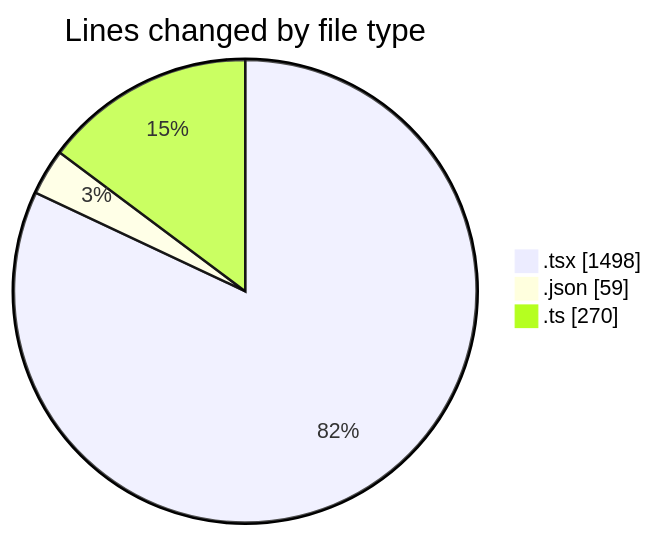
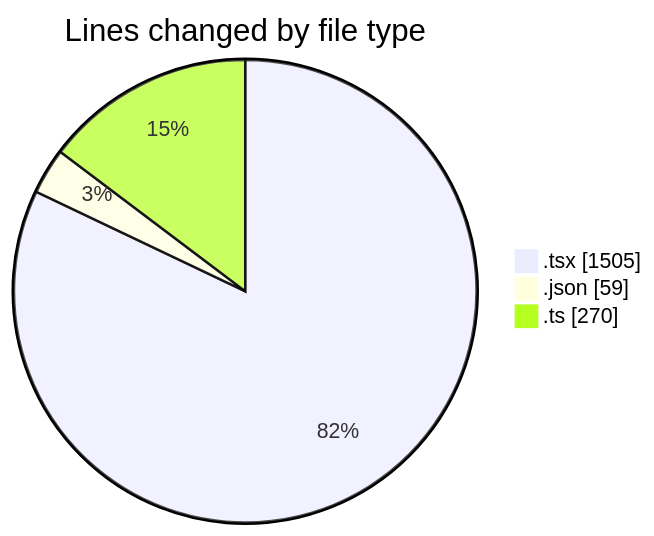
Before and after one commit to momahboobian/code-tracking: the first of 2 diagrams in 2025-11-24/cda/README.md, drawn with Mermaid. The commit also changed other lines of this file and 1 other file, not shown here.

````diff
--- a/2025-11-24/cda/README.md
+++ b/2025-11-24/cda/README.md
@@ -28,7 +28,7 @@
 ```mermaid
 pie showData
 title Lines changed by file type
-".tsx" : 1498
+".tsx" : 1505
 ".json" : 59
 ".ts" : 270
 ```
````
